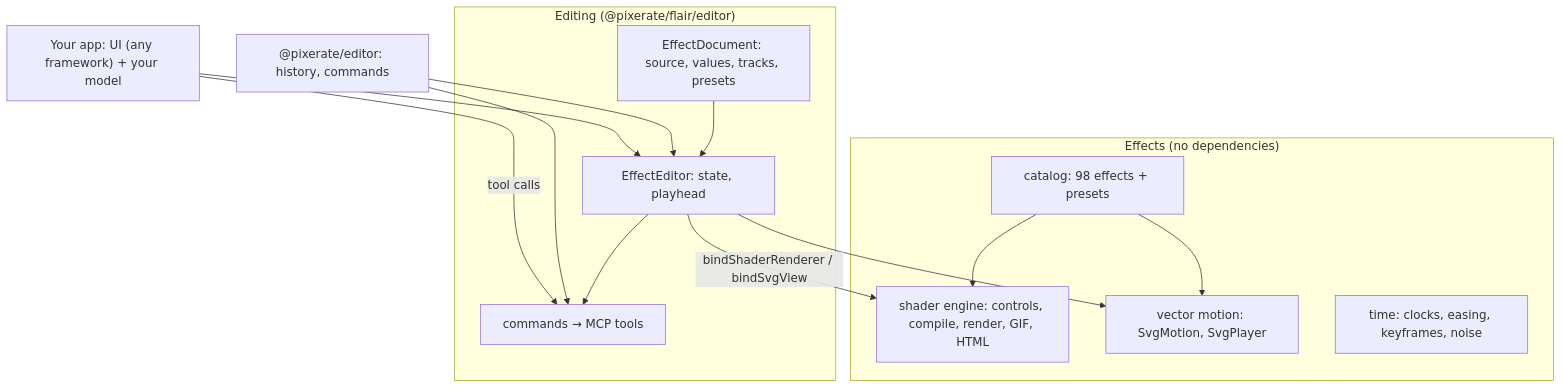
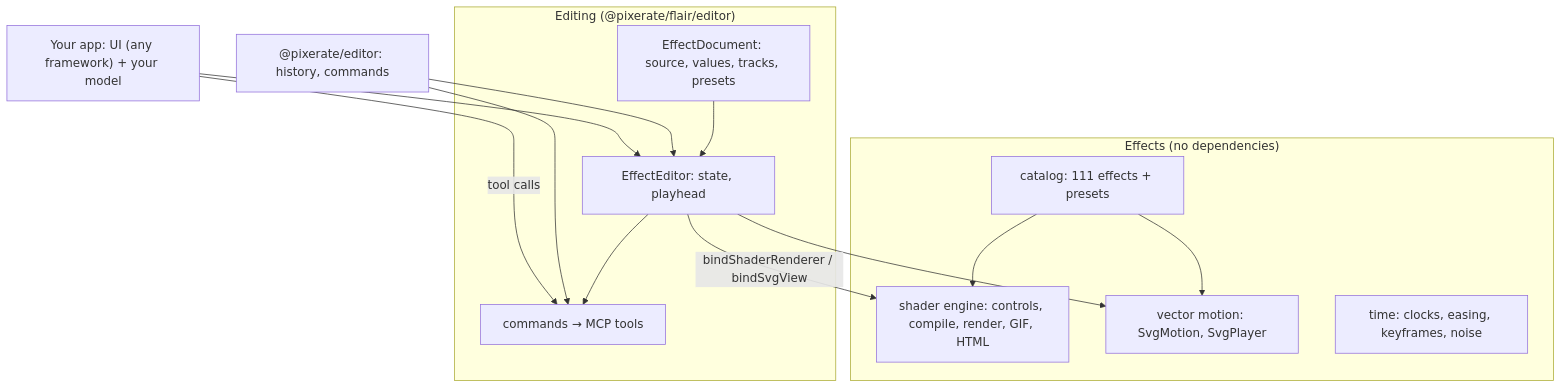
One commit to Pixerate/flair changed the diagram in README.md. Above: the diagram before and after it, drawn with Mermaid. The commit also changed other lines of this file and 10 other files, not shown here.

First line of the commit message:
feat(catalog): morph effects and morphPaths (#13)

````diff
--- a/README.md
+++ b/README.md
@@ -55,27 +55,27 @@
 ```mermaid
 graph TD
   subgraph Effects["Effects (no dependencies)"]
-    Catalog["catalog: 98 effects + presets"]
+    Catalog["catalog: 111 effects + presets"]
     Shader["shader engine: controls, compile, render, GIF, HTML"]
     Vector["vector motion: SvgMotion, SvgPlayer"]
     Time["time: clocks, easing, keyframes, noise"]
   end
   subgraph Editing["Editing (@pixerate/flair/editor)"]
     Doc["EffectDocument: source, values, tracks, presets"]
     Editor["EffectEditor: state, playhead"]
     Cmds["commands → MCP tools"]
   end
   PE["@pixerate/editor: history, commands"]
   Host["Your app: UI (any framework) + your model"]
 
   Catalog --> Shader
   Catalog --> Vector
   Doc --> Editor
   Editor --> Cmds
   PE --> Editor
   PE --> Cmds
   Editor -- bindShaderRenderer / bindSvgView --> Shader
   Editor --> Vector
   Host --> Editor
   Host -- tool calls --> Cmds
 ```
````
